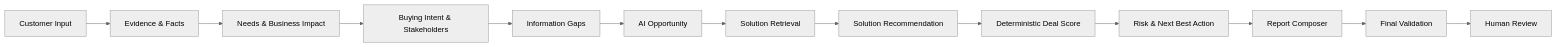
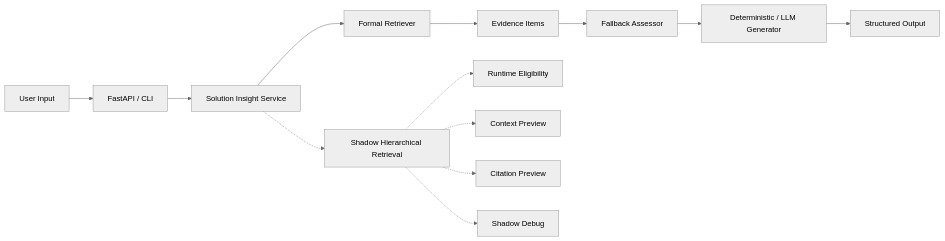
The diagram in README.md (Martin-DLC/AI-Solution-Sales-Insight-Agent), drawn with Mermaid (neutral theme) before and after one commit. The commit also changed other lines of this file and 4 other files, not shown here.

````diff
--- a/README.md
+++ b/README.md
@@ -56,15 +50,16 @@
 ```mermaid
 flowchart LR
-    A[Customer Input] --> B[Evidence & Facts]
-    B --> C[Needs & Business Impact]
-    C --> D[Buying Intent & Stakeholders]
-    D --> E[Information Gaps]
-    E --> F[AI Opportunity]
-    F --> G[Solution Retrieval]
-    G --> H[Solution Recommendation]
-    H --> I[Deterministic Deal Score]
-    I --> J[Risk & Next Best Action]
-    J --> K[Report Composer]
-    K --> L[Final Validation]
-    L --> M[Human Review]
+    U[User Input] --> I[FastAPI / CLI]
+    I --> S[Solution Insight Service]
+    S --> R[Formal Retriever]
+    R --> E[Evidence Items]
+    E --> F[Fallback Assessor]
+    F --> G[Deterministic / LLM Generator]
+    G --> O[Structured Output]
+
+    S -.-> H[Shadow Hierarchical Retrieval]
+    H -.-> P[Runtime Eligibility]
+    H -.-> C[Context Preview]
+    H -.-> V[Citation Preview]
+    H -.-> D[Shadow Debug]
 ```
````
